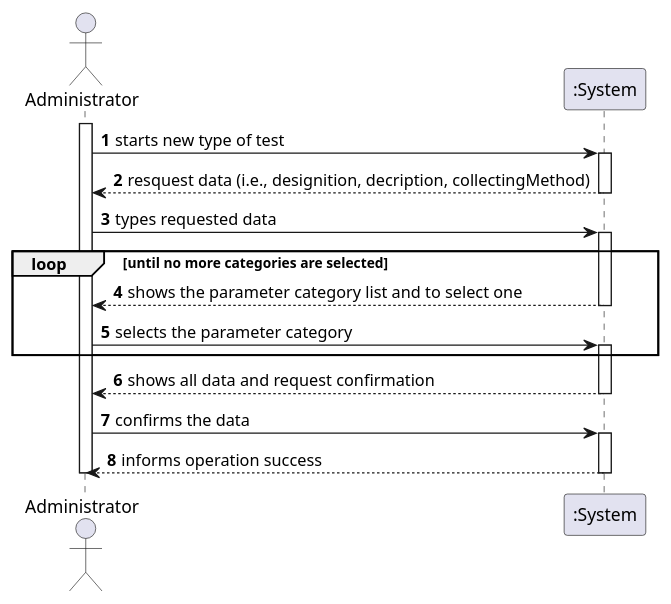
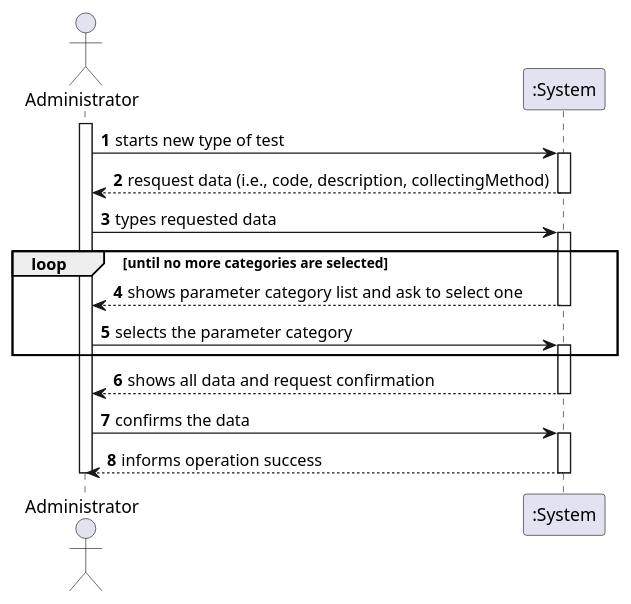
One commit to RuiRioPina/LAPR2-20-21 changed the diagram in docs/SprintB/US_9/UC9_SSD.puml. Above: the diagram before and after it, drawn with PlantUML. The commit also changed 8 other files, not shown here.

```diff
--- a/docs/SprintB/US_9/UC9_SSD.puml
+++ b/docs/SprintB/US_9/UC9_SSD.puml
@@ -1,29 +1,29 @@
 @startuml
 autonumber
 actor "Administrator" as ADMIN
 
 activate ADMIN
 ADMIN-> ":System" : starts new type of test 
 activate ":System"
-":System" --> ADMIN : resquest data (i.e., designition, decription, collectingMethod)
+":System" --> ADMIN : resquest data (i.e., code, description, collectingMethod)
 deactivate ":System"
 
 ADMIN -> ":System" : types requested data
 activate ":System"
 loop until no more categories are selected
-	":System" --> ADMIN : shows the parameter category list and to select one
+	":System" --> ADMIN : shows parameter category list and ask to select one
 	deactivate ":System"
 
 	ADMIN -> ":System" : selects the parameter category
 	activate ":System"
 end
 ":System" --> ADMIN : shows all data and request confirmation 
 deactivate ":System"
 
 ADMIN -> ":System" : confirms the data
 activate ":System"
 ":System" --> ADMIN : informs operation success 
 deactivate ":System"
 
 deactivate ADMIN
 @enduml
```
